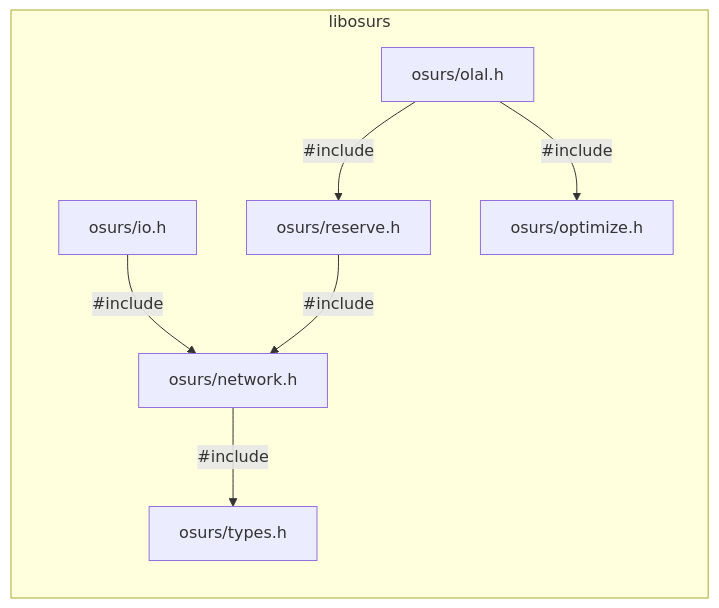
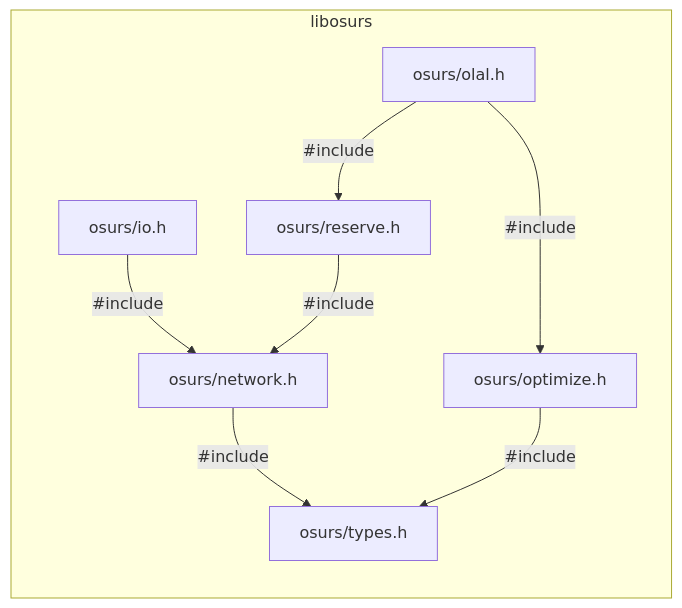
The first of 5 diagrams in README.md (maptic/osurs), drawn with Mermaid before and after one commit.

Commit message:
Add types dependency to optimize in README.

````diff
--- a/README.md
+++ b/README.md
@@ -19,10 +19,11 @@
 ```mermaid
 graph RL;
   subgraph libosurs;
     osurs/network.h-->|#include|osurs/types.h;
     osurs/io.h-->|#include|osurs/network.h
     osurs/reserve.h-->|#include|osurs/network.h;
+    osurs/optimize.h-->|#include|osurs/types.h;
     osurs/olal.h-->|#include|osurs/reserve.h;
     osurs/olal.h-->|#include|osurs/optimize.h;
   end;
 ```
````
